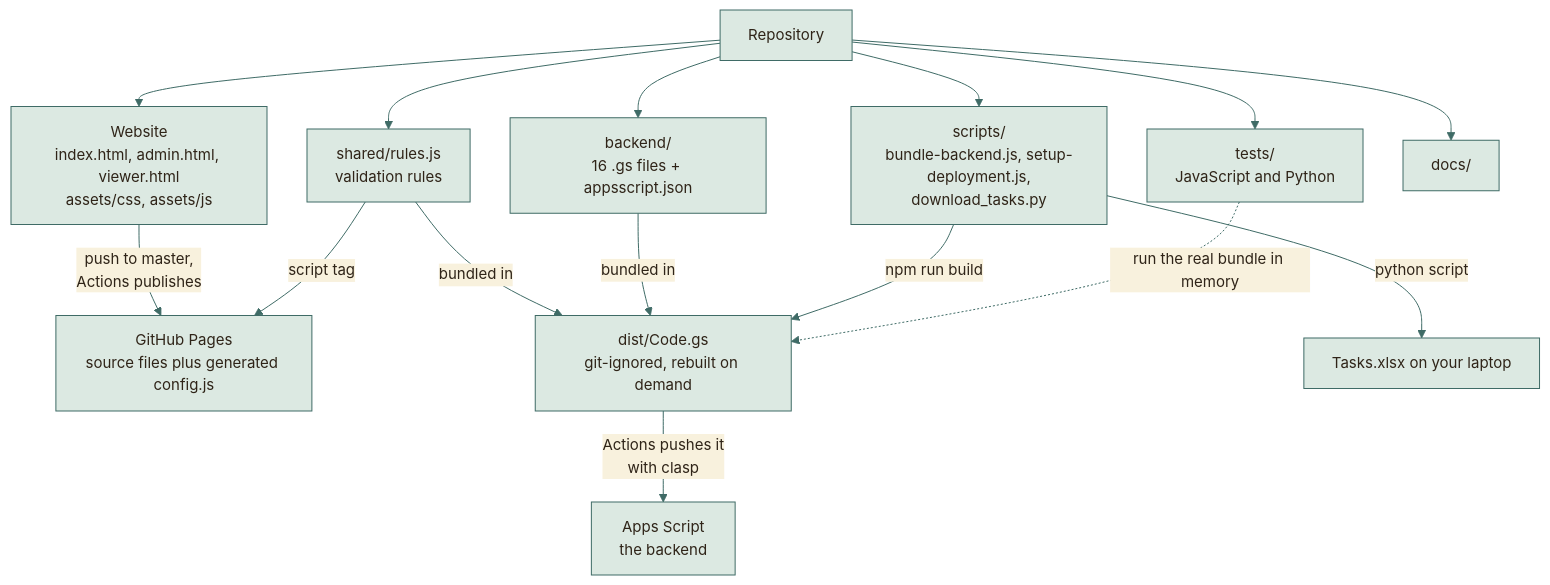
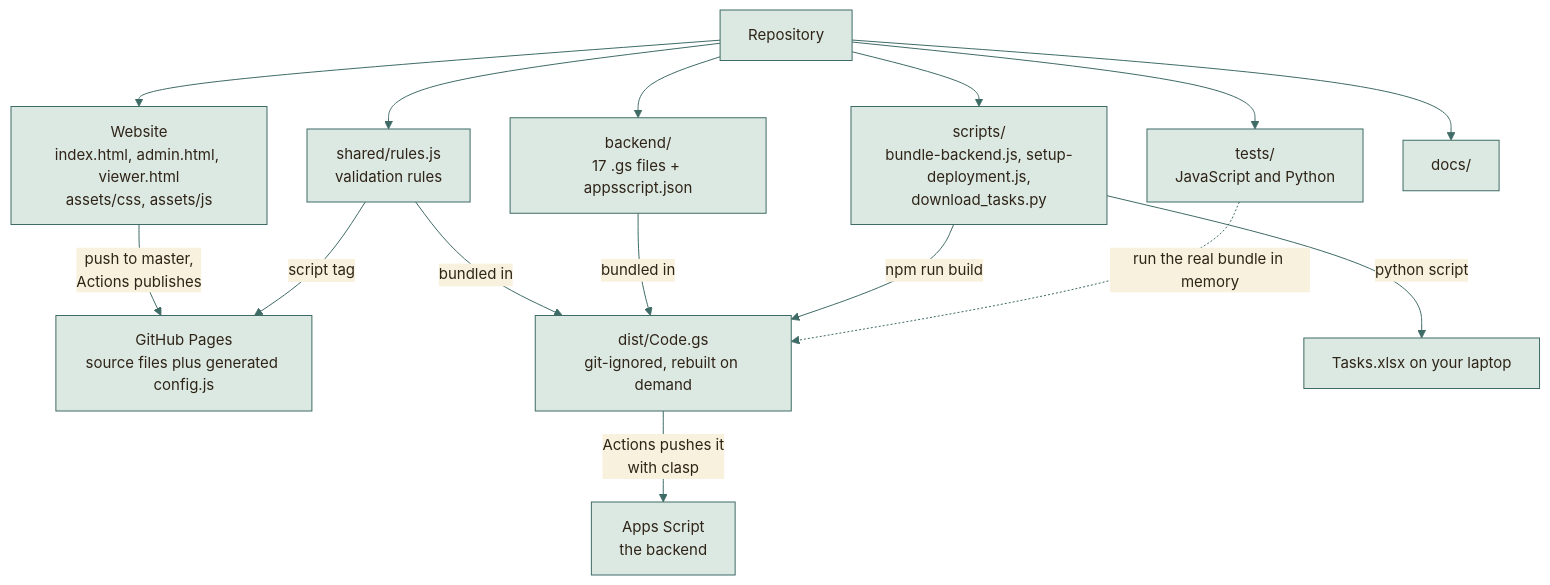
The first of 3 diagrams in docs/MODULES.md (moyeh04/forms-platform), drawn with Mermaid before and after one commit. The commit also changed other lines of this file and 10 other files, not shown here.

````diff
--- a/docs/MODULES.md
+++ b/docs/MODULES.md
@@ -7,47 +7,47 @@
 ```mermaid
 %%{init: {
   'theme': 'base',
   'themeVariables': {
     'fontFamily': 'ui-sans-serif, system-ui, -apple-system, Segoe UI, Roboto, sans-serif',
     'fontSize': '15px',
     'primaryColor': '#DCE9E2', 'primaryBorderColor': '#3F6B66', 'primaryTextColor': '#2F2418',
     'secondaryColor': '#F0E4C8', 'secondaryBorderColor': '#C9A24A', 'secondaryTextColor': '#2F2418',
     'tertiaryColor': '#F6EFDC', 'tertiaryBorderColor': '#CDBB94', 'tertiaryTextColor': '#2F2418',
     'lineColor': '#3F6B66', 'textColor': '#2F2418', 'mainBkg': '#DCE9E2', 'nodeBorder': '#3F6B66',
     'clusterBkg': '#F6EFDC', 'clusterBorder': '#CDBB94', 'titleColor': '#2F2418',
     'edgeLabelBackground': '#F8F1DD',
     'actorBkg': '#DCE9E2', 'actorBorder': '#3F6B66', 'actorTextColor': '#2F2418', 'actorLineColor': '#8FB3AB',
     'signalColor': '#477A73', 'signalTextColor': '#477A73',
     'labelBoxBkgColor': '#F0E4C8', 'labelBoxBorderColor': '#C9A24A', 'labelTextColor': '#2F2418', 'loopTextColor': '#6A5A44',
     'noteBkgColor': '#FBEFC9', 'noteBorderColor': '#C9A24A', 'noteTextColor': '#2F2418',
     'activationBkgColor': '#DCE9E2', 'activationBorderColor': '#3F6B66', 'sequenceNumberColor': '#F8F1DD',
     'transitionColor': '#3F6B66', 'stateLabelColor': '#2F2418', 'stateBkg': '#DCE9E2', 'altBackground': '#F6EFDC',
     'attributeBackgroundColorOdd': '#F8F1DD', 'attributeBackgroundColorEven': '#F0E4C8'
   },
   'flowchart': {'curve': 'basis', 'padding': 14, 'nodeSpacing': 40, 'rankSpacing': 46},
   'sequence': {'mirrorActors': false, 'messageMargin': 34, 'boxMargin': 8}
 }}%%
 flowchart TD
     repo["Repository"]
     repo --> web["Website<br/>index.html, admin.html, viewer.html<br/>assets/css, assets/js"]
     repo --> shared["shared/rules.js<br/>validation rules"]
-    repo --> be["backend/<br/>16 .gs files + appsscript.json"]
+    repo --> be["backend/<br/>17 .gs files + appsscript.json"]
     repo --> sc["scripts/<br/>bundle-backend.js, setup-deployment.js,<br/>download_tasks.py"]
     repo --> ts["tests/<br/>JavaScript and Python"]
     repo --> dc["docs/"]
 
     web -- "push to master,<br/>Actions publishes" --> gh["GitHub Pages<br/>source files plus generated config.js"]
     shared -- "script tag" --> gh
     shared -- "bundled in" --> dist["dist/Code.gs<br/>git-ignored, rebuilt on demand"]
     be -- "bundled in" --> dist
     sc -- "npm run build" --> dist
     dist -- "Actions pushes it<br/>with clasp" --> gas["Apps Script<br/>the backend"]
     sc -- "python script" --> xl["Tasks.xlsx on your laptop"]
     ts -. "run the real bundle in memory" .-> dist
     classDef cDb fill:#F3E2B3,stroke:#B8892D,stroke-width:1.5px,color:#2F2418
     classDef cActor fill:#F4D9D3,stroke:#9A3328,stroke-width:1.5px,color:#2F2418
     classDef cDec fill:#FBEFC9,stroke:#C9A24A,stroke-width:1.5px,color:#2F2418
     classDef cEnd fill:#2F2418,stroke:#2F2418,color:#F8F1DD
     classDef cErr fill:#F6D5CF,stroke:#A12B1F,stroke-width:1.5px,color:#5A140C
     classDef cOk fill:#BFD9CF,stroke:#2E5A55,stroke-width:1.5px,color:#17302D
 ```
````
